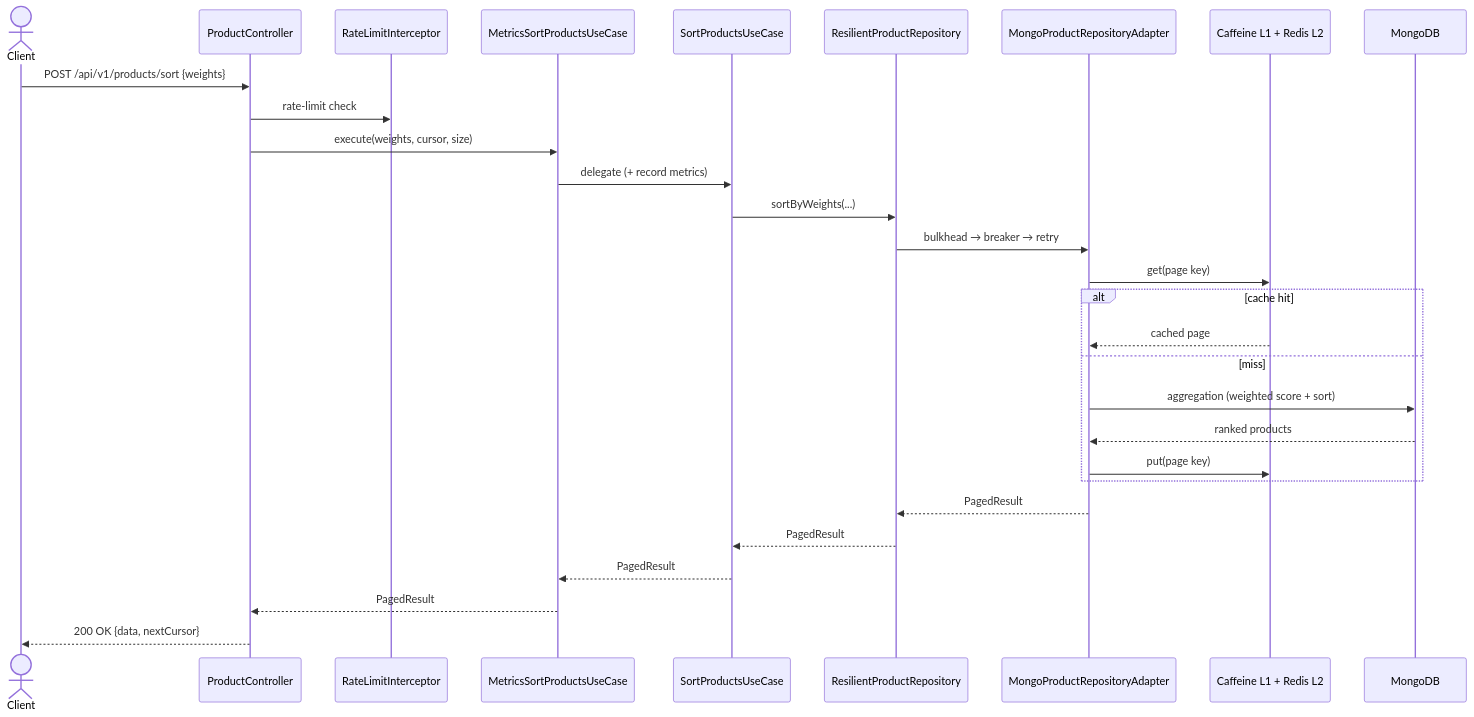
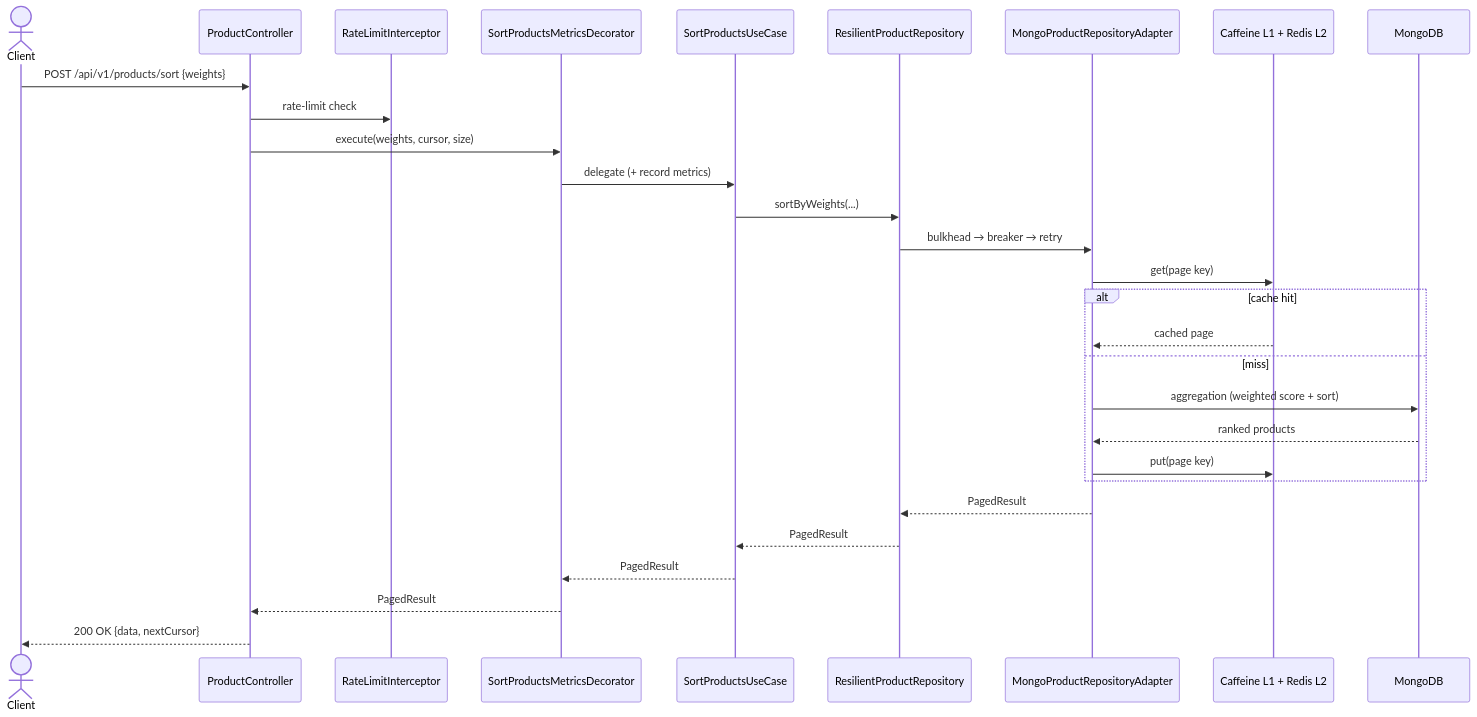
One commit to JuanPabloJimenezEsclusa/product-sorter changed the first of 3 diagrams in README.md. Above: the diagram before and after it, drawn with Mermaid. The commit also changed other lines of this file and 30 other files, not shown here.

````diff
--- a/README.md
+++ b/README.md
@@ -45,32 +45,32 @@
 ```mermaid
 sequenceDiagram
     actor Client
     participant API as ProductController
     participant RL as RateLimitInterceptor
-    participant DEC as MetricsSortProductsUseCase
+    participant DEC as SortProductsMetricsDecorator
     participant UC as SortProductsUseCase
     participant RES as ResilientProductRepository
     participant ADPT as MongoProductRepositoryAdapter
     participant Cache as Caffeine L1 + Redis L2
     participant Mongo as MongoDB
 
     Client->>API: POST /api/v1/products/sort {weights}
     API->>RL: rate-limit check
     API->>DEC: execute(weights, cursor, size)
     DEC->>UC: delegate (+ record metrics)
     UC->>RES: sortByWeights(...)
     RES->>ADPT: bulkhead → breaker → retry
     ADPT->>Cache: get(page key)
     alt cache hit
         Cache-->>ADPT: cached page
     else miss
         ADPT->>Mongo: aggregation (weighted score + sort)
         Mongo-->>ADPT: ranked products
         ADPT->>Cache: put(page key)
     end
     ADPT-->>RES: PagedResult
     RES-->>UC: PagedResult
     UC-->>DEC: PagedResult
     DEC-->>API: PagedResult
     API-->>Client: 200 OK {data, nextCursor}
 ```
````
